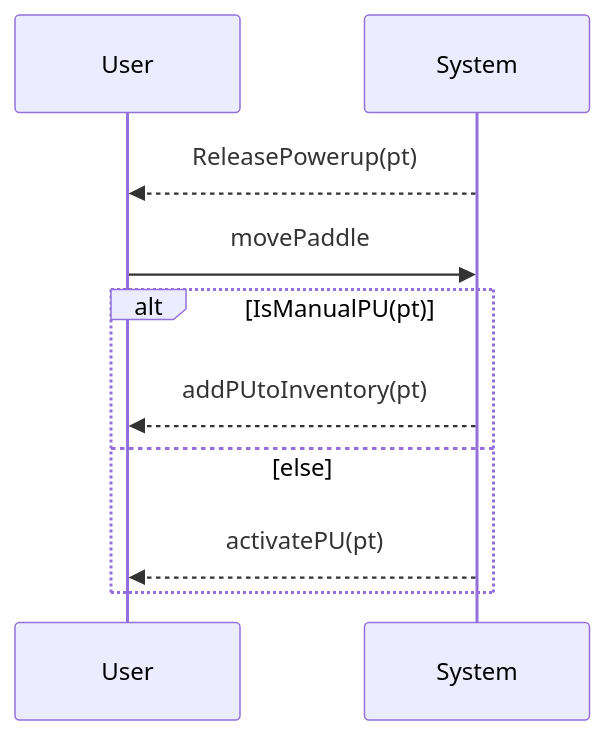
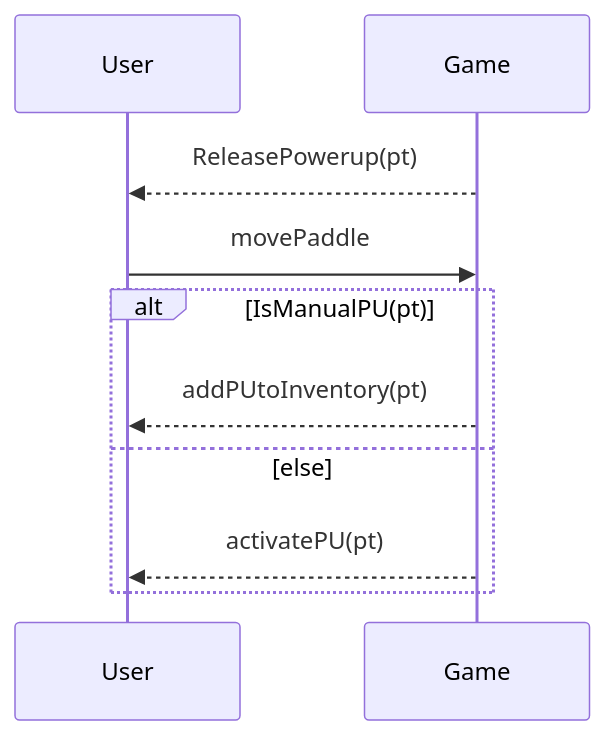
The diagram in system-sequence-diagrams/get-power-up.md (Shamdan17/Bricking_Bad), drawn with Mermaid before and after one commit. The commit also changed other lines of this file and 14 other files, not shown here.

Commit message:
change all instances of system to game

````diff
--- a/system-sequence-diagrams/get-power-up.md
+++ b/system-sequence-diagrams/get-power-up.md
@@ -3,12 +3,12 @@
 ```mermaid
 sequenceDiagram
 participant User
-participant System
-System-->>User: ReleasePowerup(pt)
-User->> System: movePaddle
+participant Game
+Game-->>User: ReleasePowerup(pt)
+User->> Game: movePaddle
 alt IsManualPU(pt)
-	System-->>User: addPUtoInventory(pt)
+	Game-->>User: addPUtoInventory(pt)
 else else
-	System-->>User: activatePU(pt)
+	Game-->>User: activatePU(pt)
 end
 ```
````
